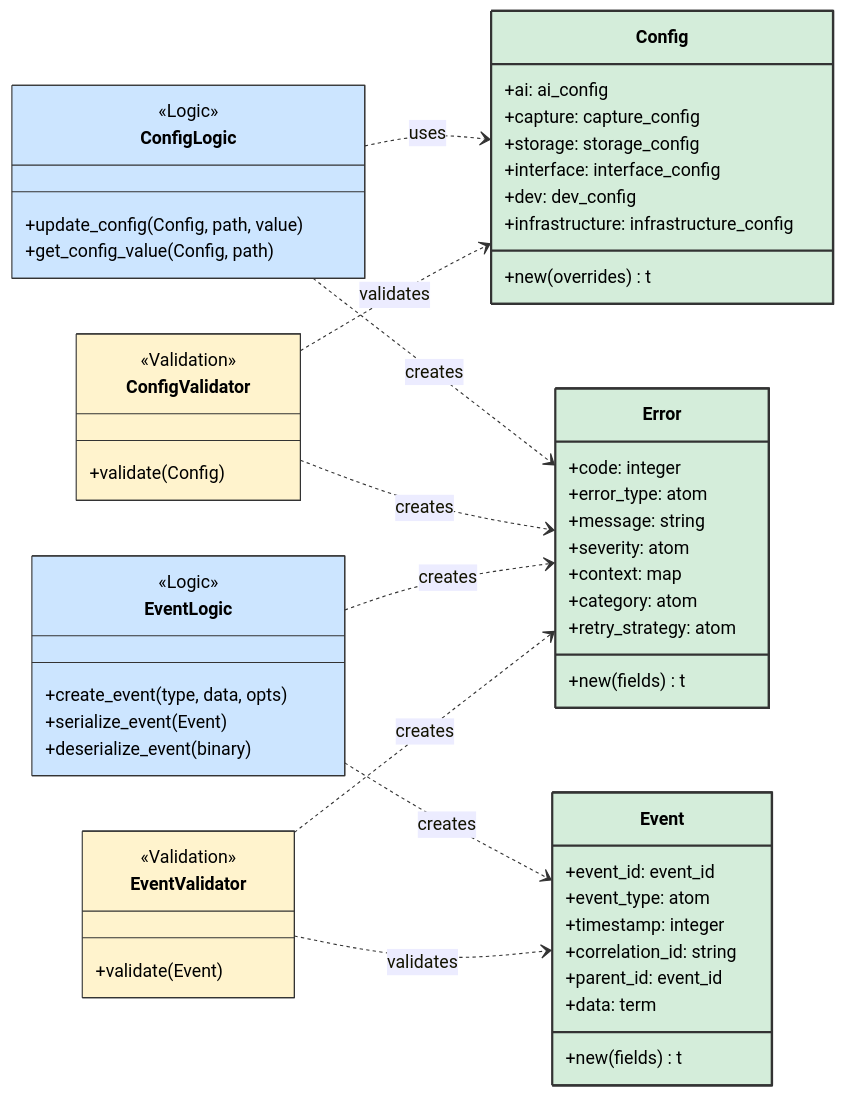
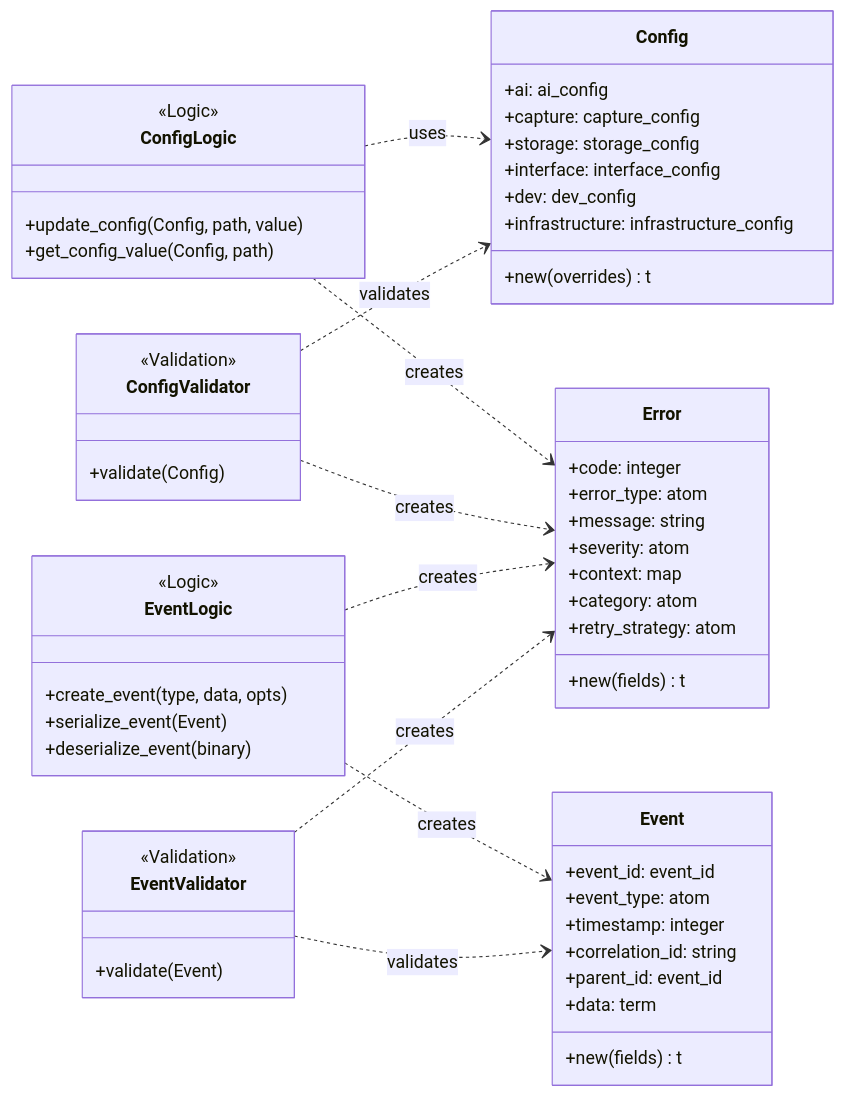
One commit to nshkrdotcom/foundation changed the eighth of 11 diagrams in docs/ARCH_DIAGS.md. Above: the diagram before and after it, drawn with Mermaid. The commit also changed other lines of this file, not shown here.

Commit message:
remove styles for mermaid 10.2 compat

````diff
--- a/docs/ARCH_DIAGS.md
+++ b/docs/ARCH_DIAGS.md
@@ -360,76 +360,68 @@
 ```mermaid
 classDiagram
     direction LR
 
     class Config {
         +ai: ai_config
         +capture: capture_config
         +storage: storage_config
         +interface: interface_config
         +dev: dev_config
         +infrastructure: infrastructure_config
         +new(overrides) t
     }
 
     class Event {
         +event_id: event_id
         +event_type: atom
         +timestamp: integer
         +correlation_id: string
         +parent_id: event_id
         +data: term
         +new(fields) t
     }
 
     class Error {
         +code: integer
         +error_type: atom
         +message: string
         +severity: atom
         +context: map
         +category: atom
         +retry_strategy: atom
         +new(fields) t
     }
 
     class ConfigLogic {
         <<Logic>>
         +update_config(Config, path, value)
         +get_config_value(Config, path)
     }
     
     class EventLogic {
         <<Logic>>
         +create_event(type, data, opts)
         +serialize_event(Event)
         +deserialize_event(binary)
     }
 
     class ConfigValidator {
         <<Validation>>
         +validate(Config)
     }
 
     class EventValidator {
         <<Validation>>
         +validate(Event)
     }
 
     ConfigLogic ..> Config : uses
     ConfigLogic ..> Error : creates
     ConfigValidator ..> Config : validates
     ConfigValidator ..> Error : creates
 
     EventLogic ..> Event : creates
     EventLogic ..> Error : creates
     EventValidator ..> Event : validates
     EventValidator ..> Error : creates
-    
-    style Config fill:#d4edda,stroke:#333,stroke-width:2,color:#000
-    style Event fill:#d4edda,stroke:#333,stroke-width:2,color:#000
-    style Error fill:#d4edda,stroke:#333,stroke-width:2,color:#000
-    style ConfigLogic fill:#cce5ff,stroke:#333,stroke-width:1,color:#000
-    style EventLogic fill:#cce5ff,stroke:#333,stroke-width:1,color:#000
-    style ConfigValidator fill:#fff3cd,stroke:#333,stroke-width:1,color:#000
-    style EventValidator fill:#fff3cd,stroke:#333,stroke-width:1,color:#000
 ```
````
